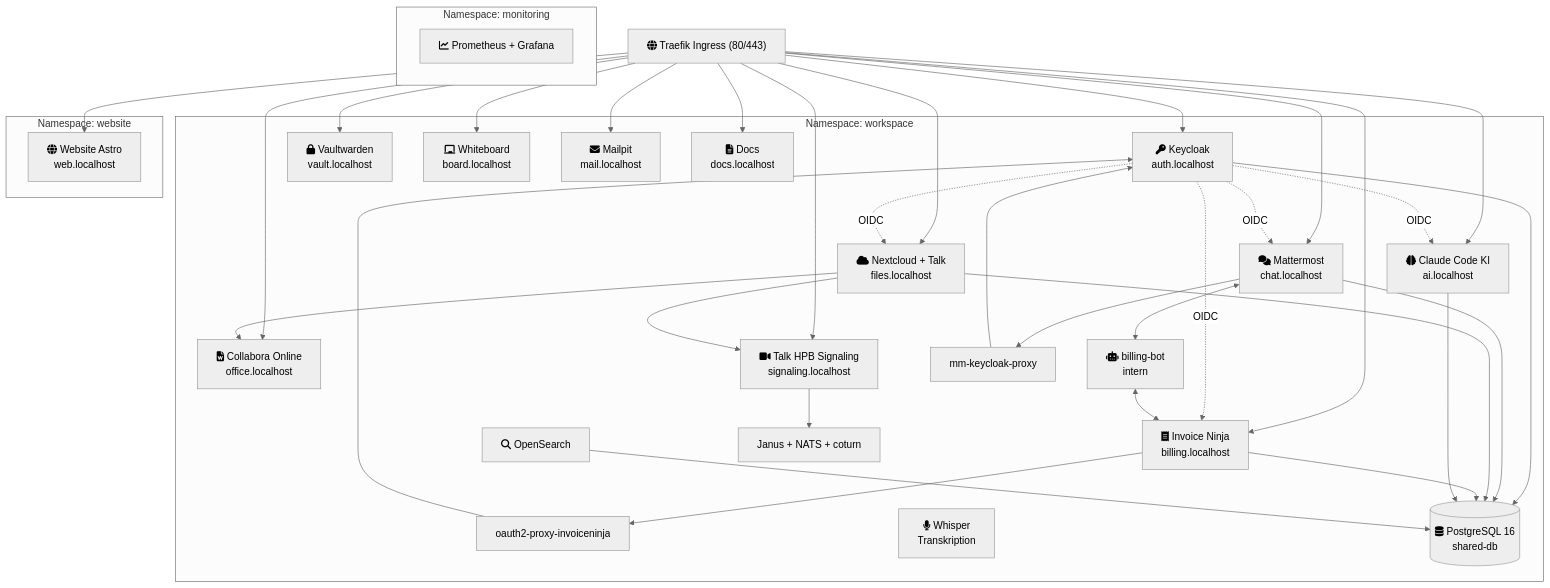
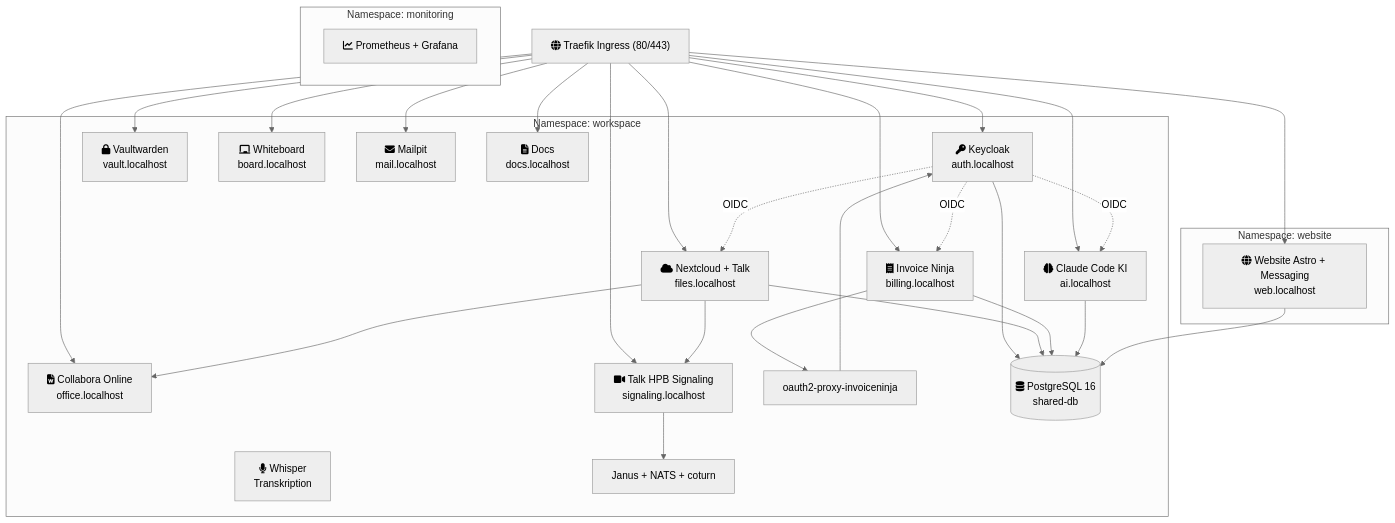
One commit to Paddione/Bachelorprojekt changed the diagram in CLAUDE.md. Above: the diagram before and after it, drawn with Mermaid (neutral theme). The commit also changed other lines of this file, not shown here.

Commit message:
docs(CLAUDE.md): remove Mattermost/billing-bot from architecture docs
Updates project overview, Mermaid diagram, key components list, and
command references to reflect the removal of Mattermost, OpenSearch,
and billing-bot from the platform.

````diff
--- a/CLAUDE.md
+++ b/CLAUDE.md
@@ -129,45 +121,39 @@
 ```mermaid
 graph TB
     Traefik["fa:fa-globe Traefik Ingress (80/443)"]
 
     subgraph workspace ["Namespace: workspace"]
         KC["fa:fa-key Keycloak<br/>auth.localhost"]
-        MM["fa:fa-comments Mattermost<br/>chat.localhost"]
         NC["fa:fa-cloud Nextcloud + Talk<br/>files.localhost"]
         CO["fa:fa-file-word Collabora Online<br/>office.localhost"]
         HPB["fa:fa-video Talk HPB Signaling<br/>signaling.localhost"]
         OC["fa:fa-brain Claude Code KI<br/>ai.localhost"]
         IN["fa:fa-receipt Invoice Ninja<br/>billing.localhost"]
         VW["fa:fa-lock Vaultwarden<br/>vault.localhost"]
         WB["fa:fa-chalkboard Whiteboard<br/>board.localhost"]
         MP["fa:fa-envelope Mailpit<br/>mail.localhost"]
-        OS["fa:fa-search OpenSearch"]
         DOCS["fa:fa-file-lines Docs<br/>docs.localhost"]
-        BB["fa:fa-robot billing-bot<br/>intern"]
-        PROXY[mm-keycloak-proxy]
         OAUTH[oauth2-proxy-invoiceninja]
         WHISPER["fa:fa-microphone Whisper<br/>Transkription"]
         JANUS[Janus + NATS + coturn]
         DB[("fa:fa-database PostgreSQL 16<br/>shared-db")]
     end
 
     subgraph website-ns ["Namespace: website"]
-        WEB["fa:fa-globe Website Astro<br/>web.localhost"]
+        WEB["fa:fa-globe Website Astro + Messaging<br/>web.localhost"]
     end
 
     subgraph monitoring-ns ["Namespace: monitoring"]
         PROM["fa:fa-chart-line Prometheus + Grafana"]
     end
 
-    Traefik --> KC & MM & NC & CO & HPB & OC & IN & VW & WB & MP & DOCS & WEB
+    Traefik --> KC & NC & CO & HPB & OC & IN & VW & WB & MP & DOCS & WEB
 
-    KC -. OIDC .-> MM & NC & IN & OC
-    PROXY --> KC
-    MM --> PROXY
+    KC -. OIDC .-> NC & IN & OC
     OAUTH --> KC
     IN --> OAUTH
-    MM <--> BB <--> IN
     NC --> CO
     NC --> HPB --> JANUS
-    KC & MM & NC & IN & OC & OS --> DB
+    KC & NC & IN & OC --> DB
+    WEB --> DB
 ```
````
